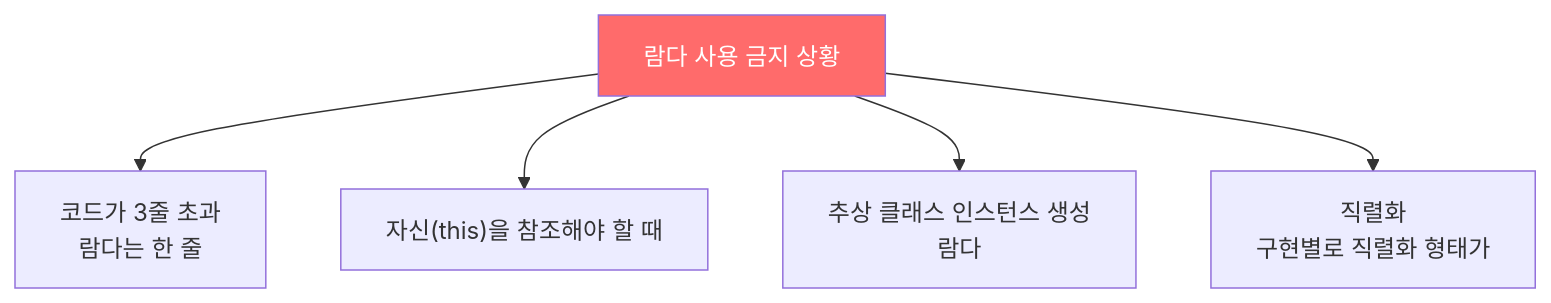
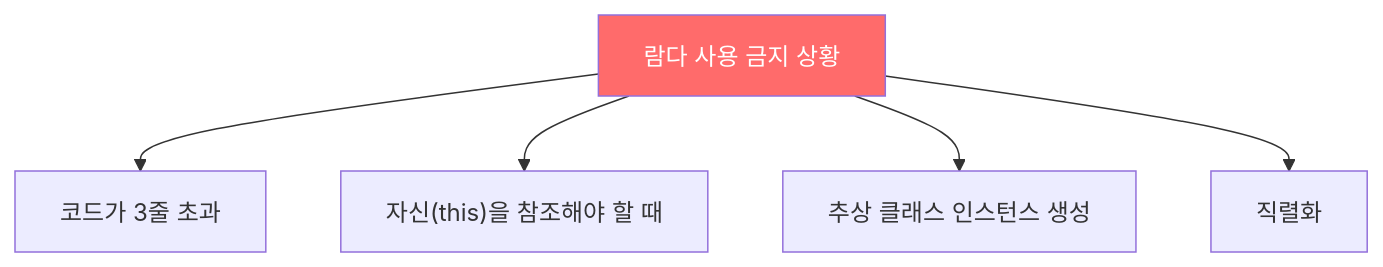
The second of 2 diagrams in _posts/java/2022-01-17-effective-java42.md (yjkim2015/yjkim2015.github.io), drawn with Mermaid before and after one commit. The commit also changed other lines of this file and 217 other files, not shown here.

First line of the commit message:
Mermaid 크기 수정: useMaxWidth:true + SVG max-width:100% + 라벨 축소

````diff
--- a/_posts/java/2022-01-17-effective-java42.md
+++ b/_posts/java/2022-01-17-effective-java42.md
@@ -92,8 +92,8 @@
 ```mermaid
 graph TD
-    A["람다 사용 금지 상황"] --> B["코드가 3줄 초과\n람다는 한 줄"]
+    A["람다 사용 금지 상황"] --> B["코드가 3줄 초과"]
     A --> C["자신(this)을 참조해야 할 때"]
-    A --> D["추상 클래스 인스턴스 생성\n람다"]
-    A --> E["직렬화\n구현별로 직렬화 형태가"]
+    A --> D["추상 클래스 인스턴스 생성"]
+    A --> E["직렬화"]
     style A fill:#ff6b6b,color:#fff
 ```
````
